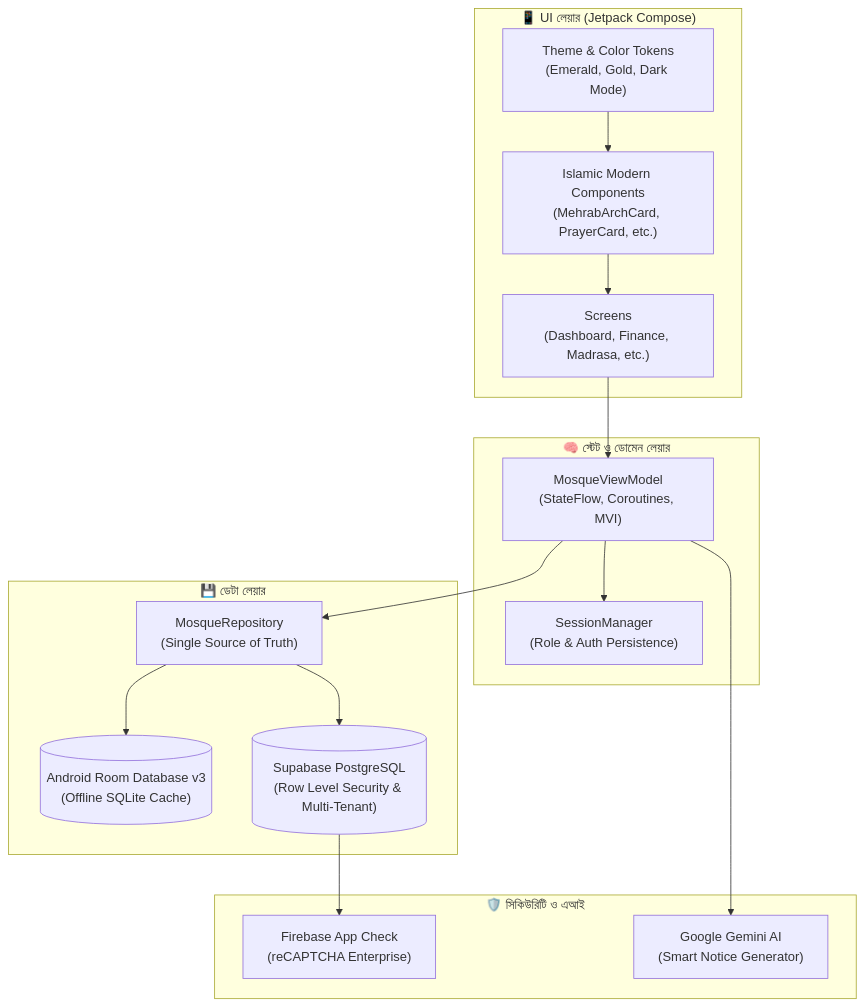
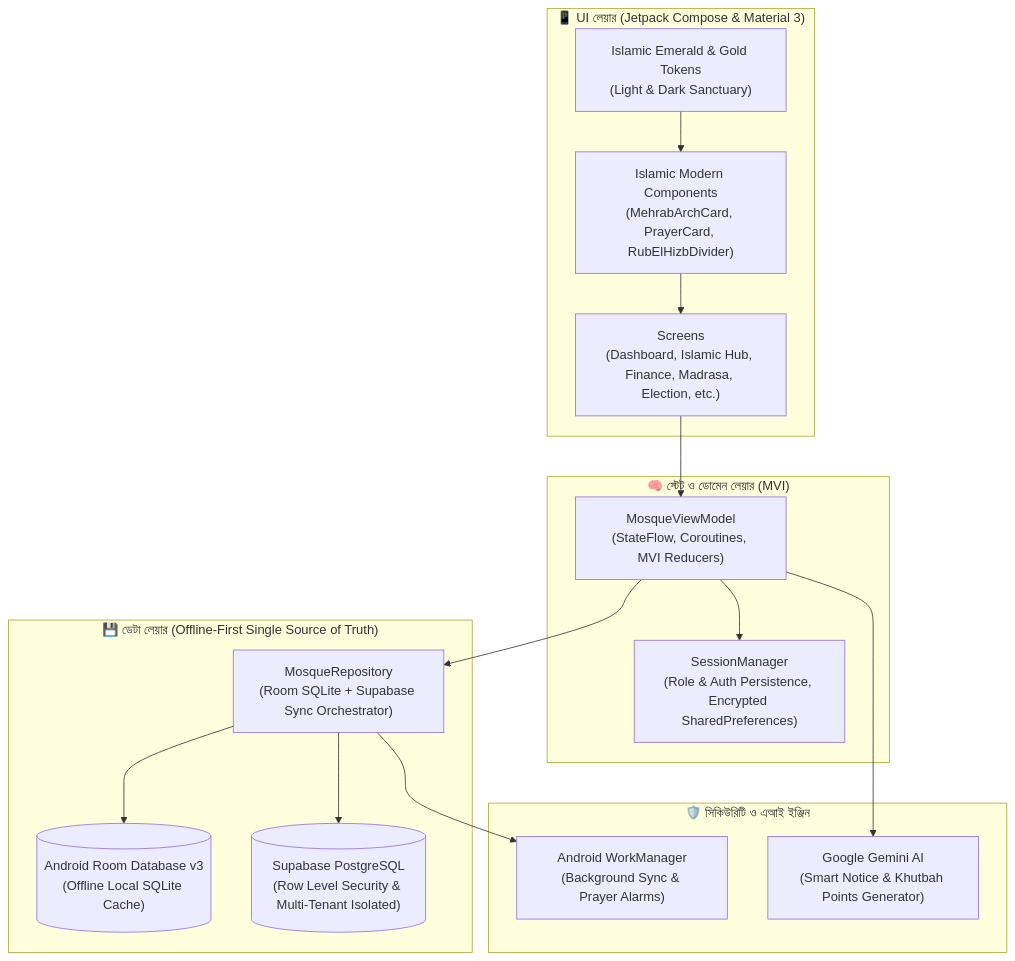
The diagram in README.md (emranmofficials/Mosque-Seba), drawn with Mermaid before and after one commit. The commit also changed other lines of this file and 3 other files, not shown here.

````diff
--- a/README.md
+++ b/README.md
@@ -123,34 +143,34 @@
 ```mermaid
 flowchart TD
-    subgraph UI_Layer ["📱 UI লেয়ার (Jetpack Compose)"]
-        Screens["Screens\n(Dashboard, Finance, Madrasa, etc.)"]
-        Components["Islamic Modern Components\n(MehrabArchCard, PrayerCard, etc.)"]
-        Theme["Theme & Color Tokens\n(Emerald, Gold, Dark Mode)"]
+    subgraph UI_Layer ["📱 UI লেয়ার (Jetpack Compose & Material 3)"]
+        Screens["Screens\n(Dashboard, Islamic Hub, Finance, Madrasa, Election, etc.)"]
+        Components["Islamic Modern Components\n(MehrabArchCard, PrayerCard, RubElHizbDivider)"]
+        Theme["Islamic Emerald & Gold Tokens\n(Light & Dark Sanctuary)"]
     end
 
-    subgraph Domain_Layer ["🧠 স্টেট ও ডোমেন লেয়ার"]
-        ViewModel["MosqueViewModel\n(StateFlow, Coroutines, MVI)"]
-        Session["SessionManager\n(Role & Auth Persistence)"]
+    subgraph Domain_Layer ["🧠 স্টেট ও ডোমেন লেয়ার (MVI)"]
+        ViewModel["MosqueViewModel\n(StateFlow, Coroutines, MVI Reducers)"]
+        Session["SessionManager\n(Role & Auth Persistence, Encrypted SharedPreferences)"]
     end
 
-    subgraph Data_Layer ["💾 ডেটা লেয়ার"]
-        Repository["MosqueRepository\n(Single Source of Truth)"]
-        RoomDB[("Android Room Database v3\n(Offline SQLite Cache)")]
-        Supabase[("Supabase PostgreSQL\n(Row Level Security & Multi-Tenant)")]
+    subgraph Data_Layer ["💾 ডেটা লেয়ার (Offline-First Single Source of Truth)"]
+        Repository["MosqueRepository\n(Room SQLite + Supabase Sync Orchestrator)"]
+        RoomDB[("Android Room Database v3\n(Offline Local SQLite Cache)")]
+        Supabase[("Supabase PostgreSQL\n(Row Level Security & Multi-Tenant Isolated)")]
     end
 
-    subgraph Security_AI ["🛡️ সিকিউরিটি ও এআই"]
-        AppCheck["Firebase App Check\n(reCAPTCHA Enterprise)"]
-        Gemini["Google Gemini AI\n(Smart Notice Generator)"]
+    subgraph Security_AI ["🛡️ সিকিউরিটি ও এআই ইঞ্জিন"]
+        Gemini["Google Gemini AI\n(Smart Notice & Khutbah Points Generator)"]
+        WorkManager["Android WorkManager\n(Background Sync & Prayer Alarms)"]
     end
 
     Screens --> ViewModel
     Components --> Screens
     Theme --> Components
     ViewModel --> Repository
     ViewModel --> Session
     Repository --> RoomDB
     Repository --> Supabase
-    Supabase --> AppCheck
     ViewModel --> Gemini
+    Repository --> WorkManager
 ```
````
